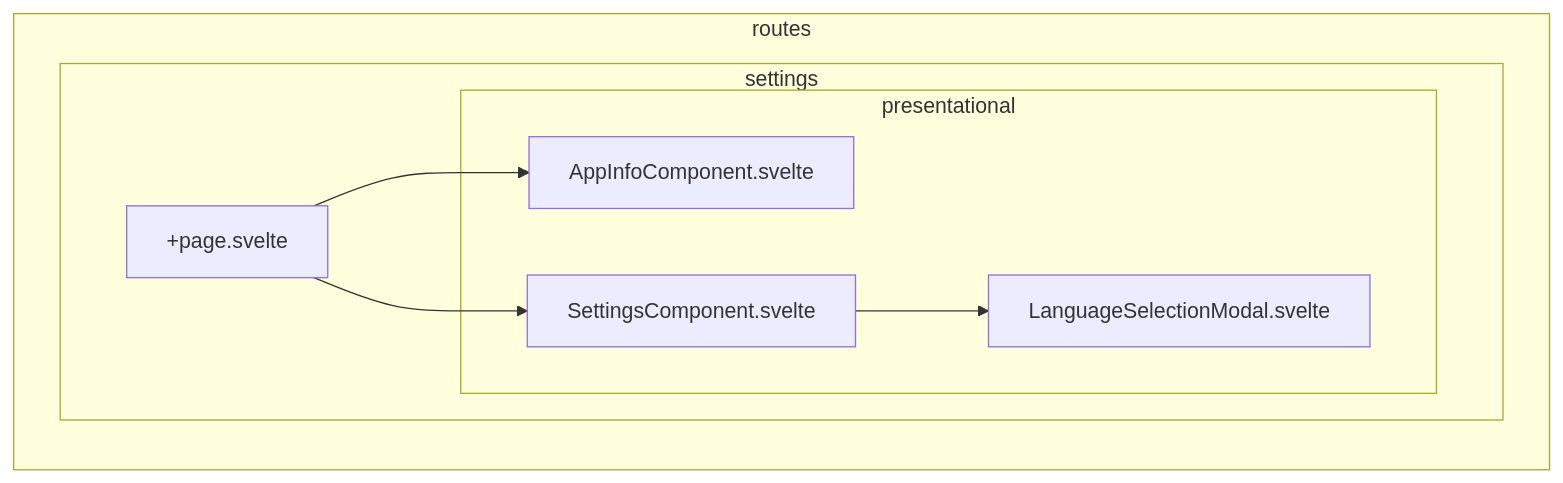
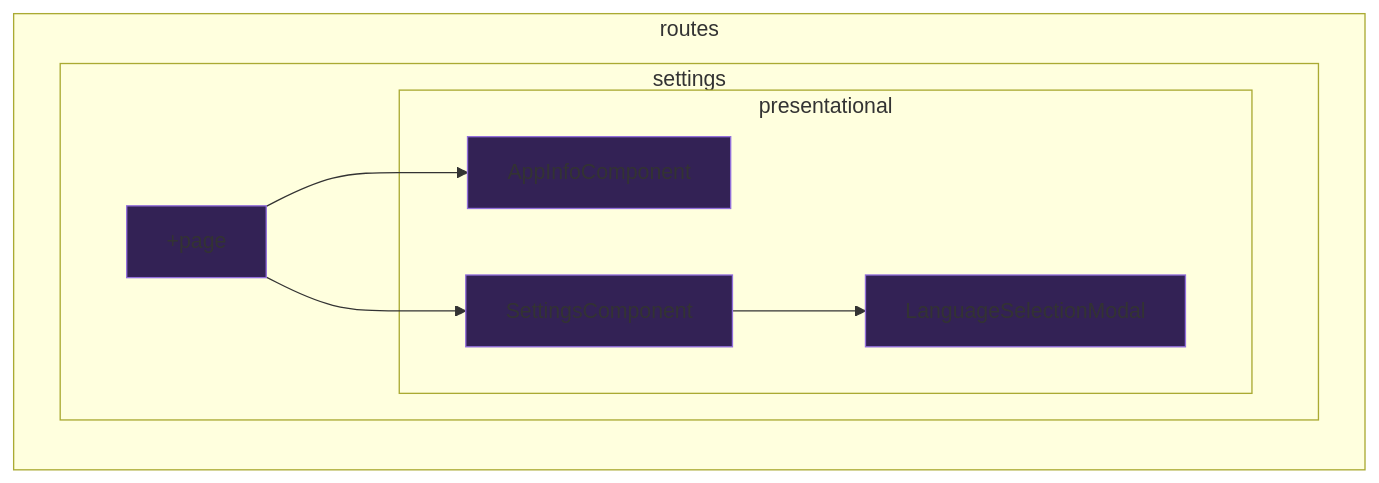
Before and after one commit to k5n/kotonoha: the fifth of 39 diagrams in doc/dependency-graph.md, drawn with Mermaid. The commit also changed other lines of this file, not shown here.

````diff
--- a/doc/dependency-graph.md
+++ b/doc/dependency-graph.md
@@ -207,16 +284,23 @@
 ```mermaid
 graph LR
+    classDef cssSvelteComponent fill:#325;
+    classDef cssSvelteScript fill:#535;
+    classDef cssTypeScript fill:#352;
         subgraph sg_routes ["routes"]
             subgraph sg_routes_settings ["settings"]
-                src_routes_settings__page_svelte["+page.svelte"]
+                src_routes_settings__page_svelte["+page"]
                 subgraph sg_routes_settings_presentational ["presentational"]
-                    src_routes_settings_presentational_AppInfoComponent_svelte["AppInfoComponent.svelte"]
-                    src_routes_settings_presentational_LanguageSelectionModal_svelte["LanguageSelectionModal.svelte"]
-                    src_routes_settings_presentational_SettingsComponent_svelte["SettingsComponent.svelte"]
+                    src_routes_settings_presentational_AppInfoComponent_svelte["AppInfoComponent"]
+                    src_routes_settings_presentational_LanguageSelectionModal_svelte["LanguageSelectionModal"]
+                    src_routes_settings_presentational_SettingsComponent_svelte["SettingsComponent"]
                 end
             end
         end
     src_routes_settings__page_svelte --> src_routes_settings_presentational_AppInfoComponent_svelte
     src_routes_settings__page_svelte --> src_routes_settings_presentational_SettingsComponent_svelte
     src_routes_settings_presentational_SettingsComponent_svelte --> src_routes_settings_presentational_LanguageSelectionModal_svelte
+    class src_routes_settings__page_svelte cssSvelteComponent
+    class src_routes_settings_presentational_AppInfoComponent_svelte cssSvelteComponent
+    class src_routes_settings_presentational_LanguageSelectionModal_svelte cssSvelteComponent
+    class src_routes_settings_presentational_SettingsComponent_svelte cssSvelteComponent
 ```
````
